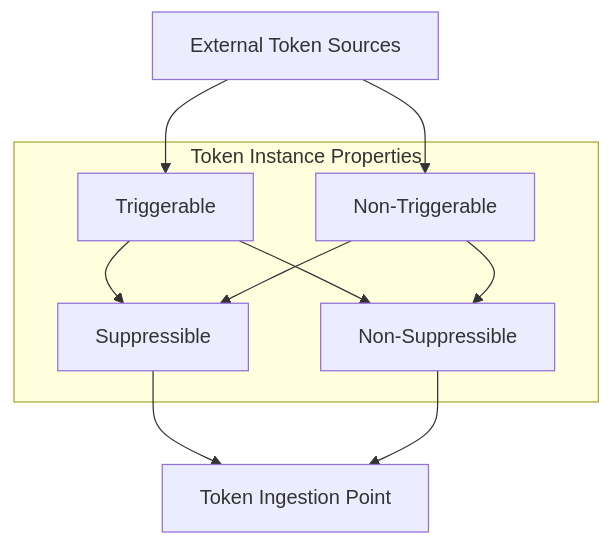
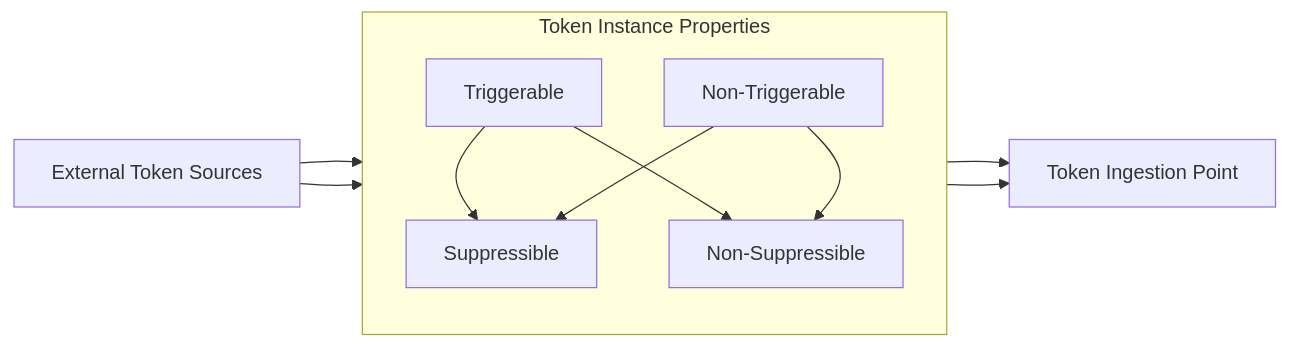
The third of 11 diagrams in README.md (mattferrin/mattferrin), drawn with Mermaid before and after one commit. The commit also changed other lines of this file, not shown here.

````diff
--- a/README.md
+++ b/README.md
@@ -5,19 +49,20 @@
 ```mermaid
-graph TD;
+graph LR;
     ExternalSources["External Token Sources"]
 
     subgraph "Token Instance Properties"
+        direction TB
         Triggerable["Triggerable"]
         NonTriggerable["Non-Triggerable"]
         Suppressible["Suppressible"]
         NonSuppressible["Non-Suppressible"]
     end
 
     ExternalSources --> Triggerable & NonTriggerable
     Triggerable & NonTriggerable --> Suppressible & NonSuppressible
 
     Ingestion["Token Ingestion Point"]
     
     Suppressible --> Ingestion
     NonSuppressible --> Ingestion
 ```
````
